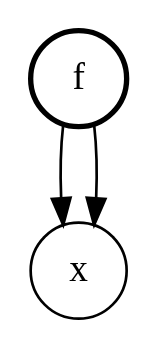
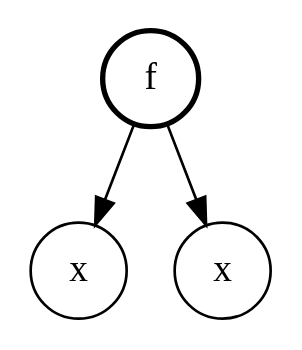
One commit to ejconlon/tang changed the diagram in tang/dot/fxx.dot. Above: the diagram before and after it, drawn with Graphviz. The commit also changed 6 other files, not shown here.

```diff
--- a/tang/dot/fxx.dot
+++ b/tang/dot/fxx.dot
@@ -1,6 +1,7 @@
 digraph g {
-  0 [forcelabels="true" label="x" shape="circle"]
-  1 [forcelabels="true" label="f" shape="circle" style="bold"]
-  1 -> 0
-  1 -> 0
+  0 [forcelabels="true" label="x" xlabel="" shape="circle"]
+  1 [forcelabels="true" label="x" xlabel="" shape="circle"]
+  2 [forcelabels="true" label="f" xlabel="" shape="circle" style="bold"]
+  2 -> 0
+  2 -> 1
 }
```
